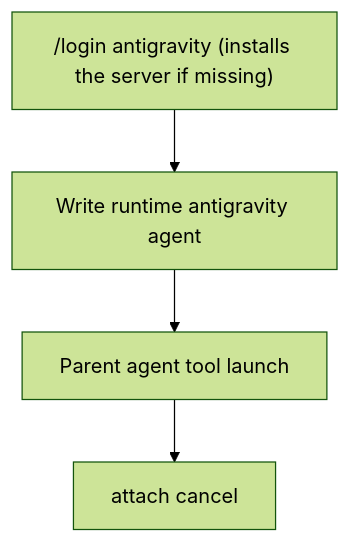
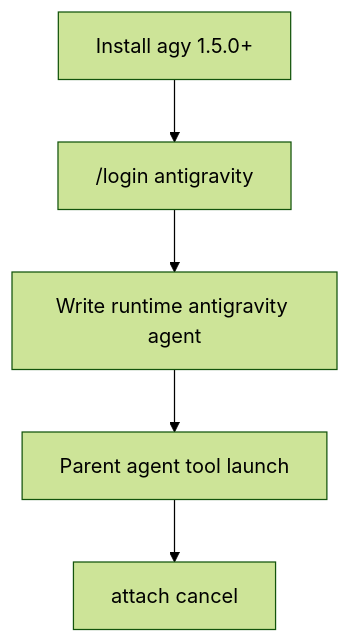
Before and after one commit to matthewyjiang/rho: the second of 2 diagrams in docs/subagents/antigravity.md, drawn with Mermaid (forest theme). The commit also changed other lines of this file and 68 other files, not shown here.

First line of the commit message:
feat(antigravity): run delegated agents on agy's built-in acp server

````diff
--- a/docs/subagents/antigravity.md
+++ b/docs/subagents/antigravity.md
@@ -29,6 +29,7 @@
 ```mermaid
 flowchart TD
-    login["/login antigravity (installs the server if missing)"] --> def[Write runtime antigravity agent]
+    install[Install agy 1.5.0+] --> login["/login antigravity"]
+    login --> def[Write runtime antigravity agent]
     def --> launch[Parent agent tool launch]
     launch --> watch[attach cancel]
 ```
````
